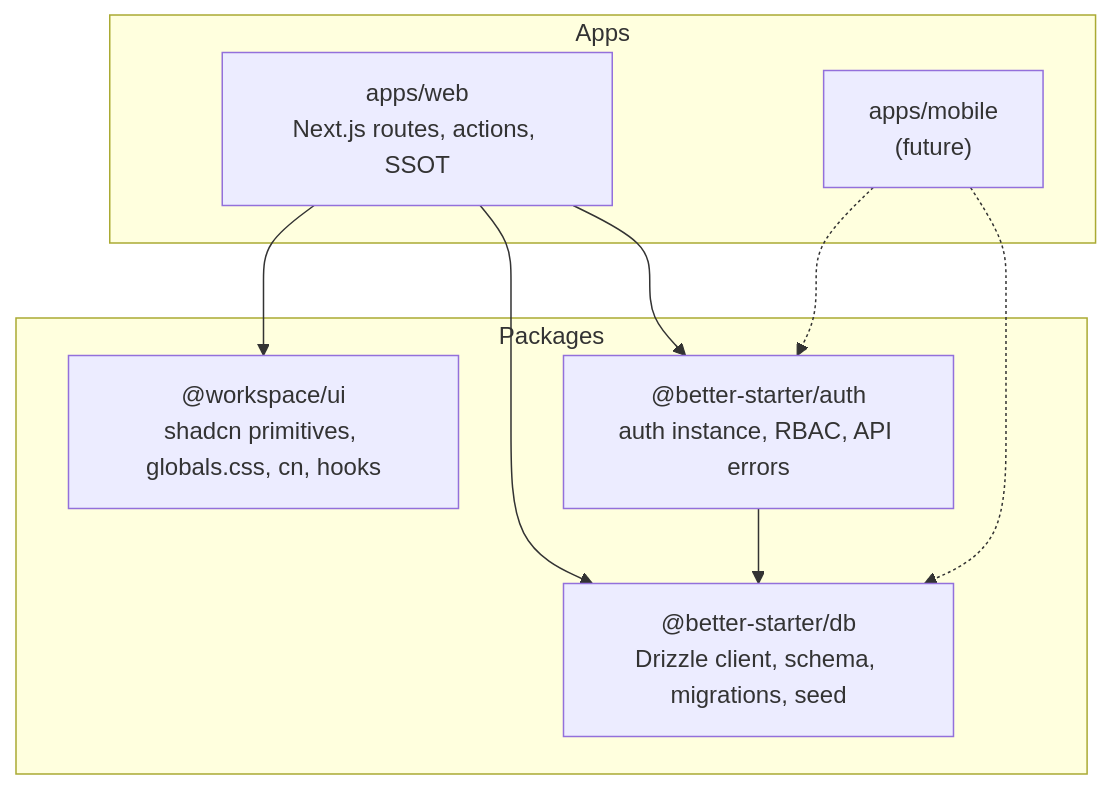
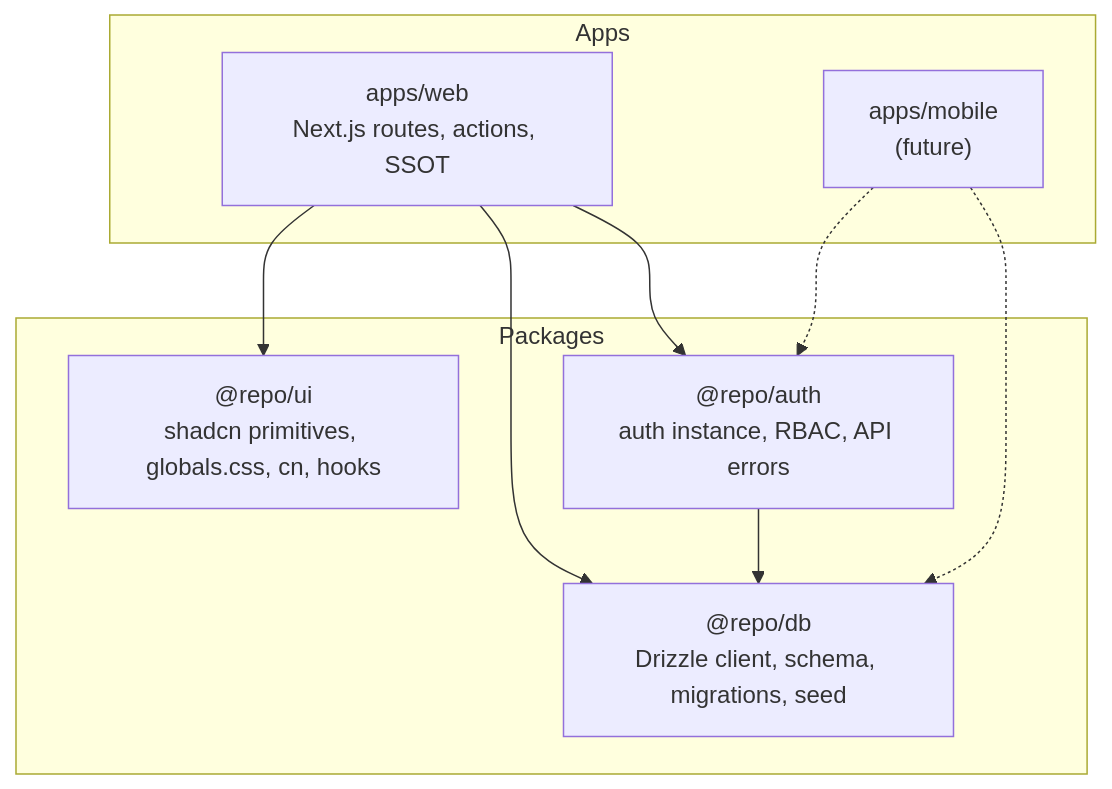
Before and after one commit to dimah-kz/better-starter: the first of 2 diagrams in .cursor/plans/monorepo_migration_plan_e0d088da.plan.md, drawn with Mermaid. The commit also changed other lines of this file and 233 other files, not shown here.

````diff
--- a/.cursor/plans/monorepo_migration_plan_e0d088da.plan.md
+++ b/.cursor/plans/monorepo_migration_plan_e0d088da.plan.md
@@ -43,20 +43,20 @@
 ```mermaid
 flowchart TB
   subgraph apps [Apps]
     web["apps/web\nNext.js routes, actions, SSOT"]
     mobile["apps/mobile\n(future)"]
   end
 
   subgraph packages [Packages]
-    ui["@workspace/ui\nshadcn primitives, globals.css, cn, hooks"]
-    auth["@better-starter/auth\nauth instance, RBAC, API errors"]
-    db["@better-starter/db\nDrizzle client, schema, migrations, seed"]
+    ui["@repo/ui\nshadcn primitives, globals.css, cn, hooks"]
+    auth["@repo/auth\nauth instance, RBAC, API errors"]
+    db["@repo/db\nDrizzle client, schema, migrations, seed"]
   end
 
   web --> ui
   web --> auth
   web --> db
   auth --> db
   mobile -.-> auth
   mobile -.-> db
 ```
````
